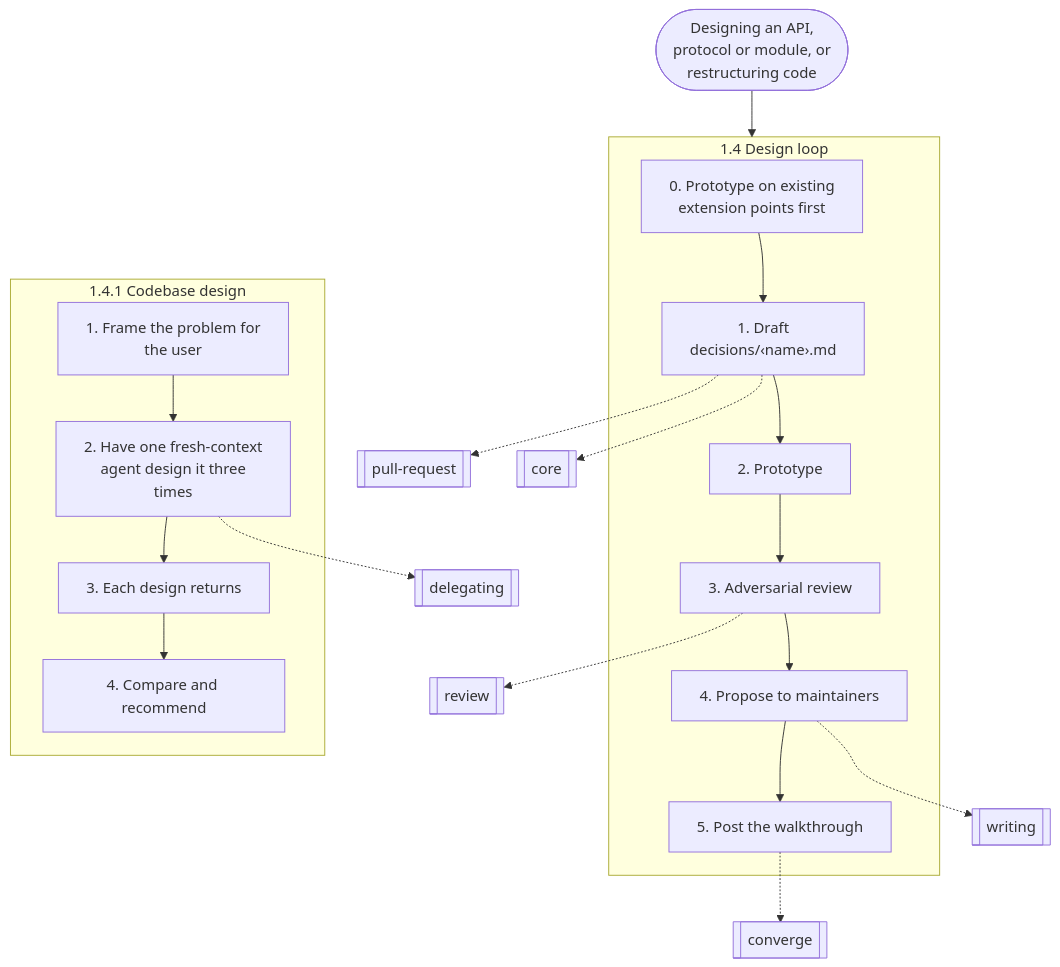
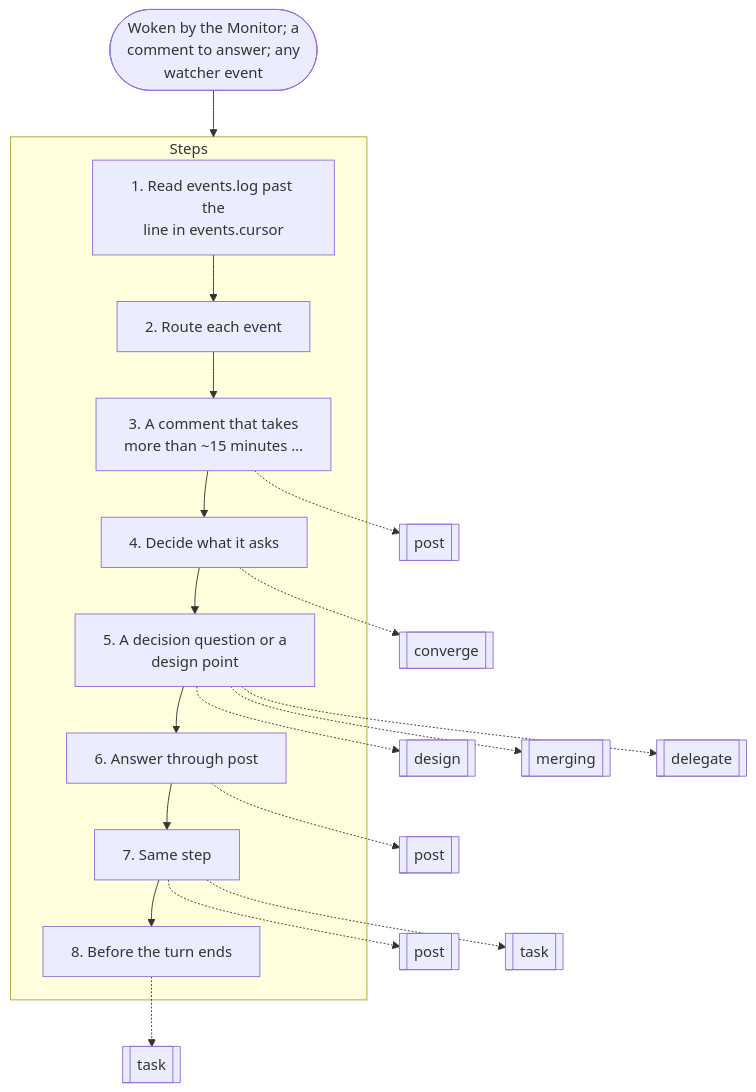
The third of 16 diagrams in docs/graphs.md (nitedani-agent/mergeworthy), drawn with Mermaid before and after one commit. The commit also changed other lines of this file and 60 other files, not shown here.

````diff
--- a/docs/graphs.md
+++ b/docs/graphs.md
@@ -94,34 +76,31 @@
 ```mermaid
 flowchart TB
-  start(["Designing an API,<br/>protocol or module, or<br/>restructuring code"])
-  subgraph g0["1.4 Design loop"]
-    s0["0. Prototype on existing<br/>extension points first"]
-    s1["1. Draft<br/>decisions/‹name›.md"]
+  start(["Woken by the Monitor; a<br/>comment to answer; any<br/>watcher event"])
+  subgraph g0["Steps"]
+    s0["1. Read events.log past the<br/>line in events.cursor"]
+    s1["2. Route each event"]
     s0 --> s1
-    s2["2. Prototype"]
+    s2["3. A comment that takes<br/>more than ~15 minutes …"]
     s1 --> s2
-    s3["3. Adversarial review"]
+    s3["4. Decide what it asks"]
     s2 --> s3
-    s4["4. Propose to maintainers"]
+    s4["5. A decision question or a<br/>design point"]
     s3 --> s4
-    s5["5. Post the walkthrough"]
+    s5["6. Answer through post"]
     s4 --> s5
+    s6["7. Same step"]
+    s5 --> s6
+    s7["8. Before the turn ends"]
+    s6 --> s7
   end
-  s1 -.-> r1[["pull-request"]]
-  s1 -.-> r2[["core"]]
-  s3 -.-> r3[["review"]]
-  s4 -.-> r4[["writing"]]
-  s5 -.-> r5[["converge"]]
-  subgraph g1["1.4.1 Codebase design"]
-    s6["1. Frame the problem for<br/>the user"]
-    s7["2. Have one fresh-context<br/>agent design it three<br/>times"]
-    s6 --> s7
-    s8["3. Each design returns"]
-    s7 --> s8
-    s9["4. Compare and recommend"]
-    s8 --> s9
-  end
-  s7 -.-> r6[["delegating"]]
+  s2 -.-> r1[["post"]]
+  s3 -.-> r2[["converge"]]
+  s4 -.-> r3[["design"]]
+  s4 -.-> r4[["merging"]]
+  s4 -.-> r5[["delegate"]]
+  s5 -.-> r6[["post"]]
+  s6 -.-> r7[["post"]]
+  s6 -.-> r8[["task"]]
+  s7 -.-> r9[["task"]]
   start --> g0
-  g0 ~~~ g1
 ```
````
